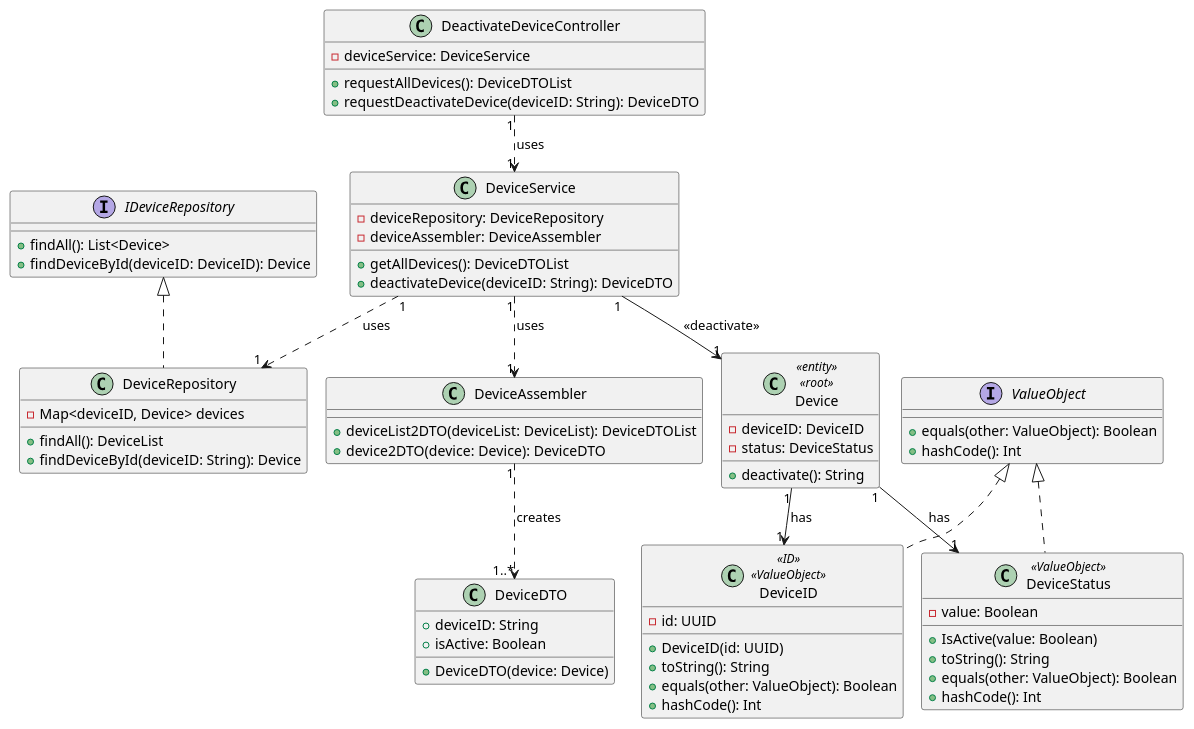
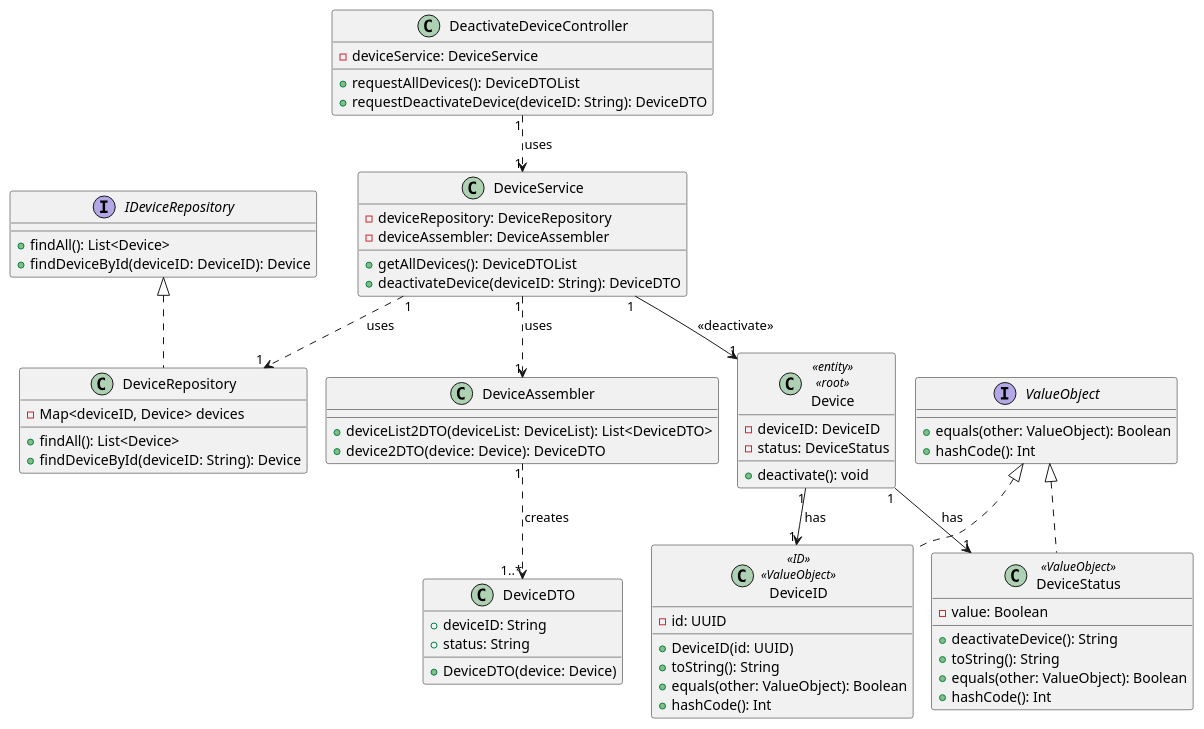
Before and after one commit to olivDiogo/SmartHome: the diagram in docs/ood/classDiagram/US08DeactivateDevice.puml, drawn with PlantUML.

Commit message:
Update: change attributes of a few classes in the US08 CD, addresses 105

```diff
--- a/docs/ood/classDiagram/US08DeactivateDevice.puml
+++ b/docs/ood/classDiagram/US08DeactivateDevice.puml
@@ -1,78 +1,78 @@
 @startuml
 'https://plantuml.com/class-diagram
 
 !pragma layout smetana
 !pragma scale 100 width
 !pragma useVerticalIfPossible
 
 class DeactivateDeviceController {
     -deviceService: DeviceService
     +requestAllDevices(): DeviceDTOList
     +requestDeactivateDevice(deviceID: String): DeviceDTO
 }
 
 class DeviceService {
     -deviceRepository: DeviceRepository
     -deviceAssembler: DeviceAssembler
     +getAllDevices(): DeviceDTOList
     +deactivateDevice(deviceID: String): DeviceDTO
 }
 
 class DeviceRepository implements IDeviceRepository {
     -Map<deviceID, Device> devices
-    +findAll(): DeviceList
+    +findAll(): List<Device>
     +findDeviceById(deviceID: String): Device
 }
 
 interface IDeviceRepository {
     +findAll(): List<Device>
     +findDeviceById(deviceID: DeviceID): Device
 }
 
 class DeviceAssembler {
-    +deviceList2DTO(deviceList: DeviceList): DeviceDTOList
+    +deviceList2DTO(deviceList: DeviceList): List<DeviceDTO>
     +device2DTO(device: Device): DeviceDTO
 }
 
 
 class DeviceDTO {
     +deviceID: String
-    +isActive: Boolean
+    +status: String
     +DeviceDTO(device: Device)
 }
 
 class Device<<entity>><<root>> {
     -deviceID: DeviceID
     -status: DeviceStatus
-    +deactivate(): String
+    +deactivate(): void
 }
 
 class DeviceStatus<<ValueObject>> implements ValueObject{
     -value: Boolean
-    +IsActive(value: Boolean)
+    +deactivateDevice(): String
     +toString(): String
     +equals(other: ValueObject): Boolean
     +hashCode(): Int
 }
 
 class DeviceID<<ID>><<ValueObject>> implements ValueObject{
     -id: UUID
     +DeviceID(id: UUID)
     +toString(): String
     +equals(other: ValueObject): Boolean
     +hashCode(): Int
 }
 
 interface ValueObject {
     +equals(other: ValueObject): Boolean
     +hashCode(): Int
 }
 
 DeactivateDeviceController "1" ..> "1" DeviceService: uses >
 DeviceService "1" ..> "1" DeviceRepository: uses >
 DeviceService "1" ..> "1" DeviceAssembler: uses >
 DeviceAssembler "1" ..> "1..*" DeviceDTO: creates >
 DeviceService "1" --> "1" Device: <<deactivate>>
 Device "1" --> "1" DeviceID: has >
 Device "1" --> "1" DeviceStatus: has >
 @enduml
```
